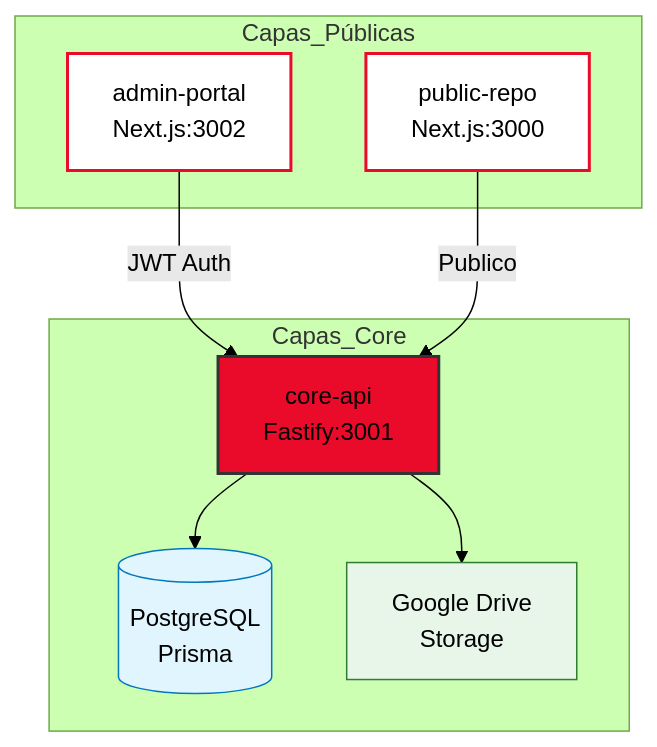
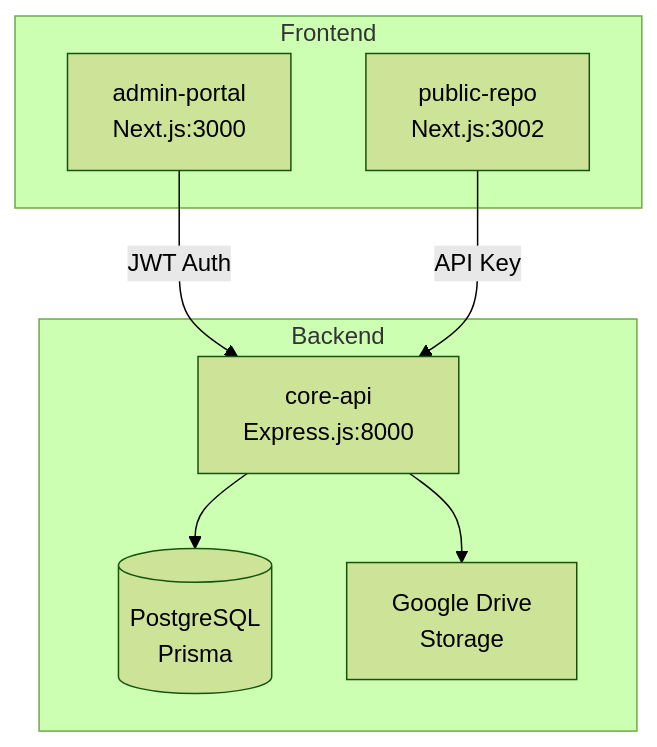
The first of 3 diagrams in README.md (SopHardware/repositorio-drivers), drawn with Mermaid (forest theme) before and after one commit. The commit also changed other lines of this file, not shown here.

````diff
--- a/README.md
+++ b/README.md
@@ -7,24 +35,18 @@
 ```mermaid
 flowchart TB
-    subgraph Capas_Públicas
-        A[admin-portal<br/>Next.js:3002]
-        P[public-repo<br/>Next.js:3000]
+    subgraph Frontend
+        A[admin-portal<br/>Next.js:3000]
+        P[public-repo<br/>Next.js:3002]
     end
     
-    subgraph Capas_Core
-        API[core-api<br/>Fastify:3001]
+    subgraph Backend
+        API[core-api<br/>Express.js:8000]
         DB[(PostgreSQL<br/>Prisma)]
         GD[Google Drive<br/>Storage]
     end
     
     A -->|JWT Auth| API
-    P -->|Publico| API
+    P -->|API Key| API
     API --> DB
     API --> GD
-    
-    style A fill:#fff,stroke:#EA0B2A,stroke-width:2px
-    style P fill:#fff,stroke:#EA0B2A,stroke-width:2px
-    style API fill:#EA0B2A,stroke:#333,stroke-width:2px
-    style DB fill:#e1f5fe,stroke:#0277bd
-    style GD fill:#e8f5e9,stroke:#2e7d32
 ```
````
